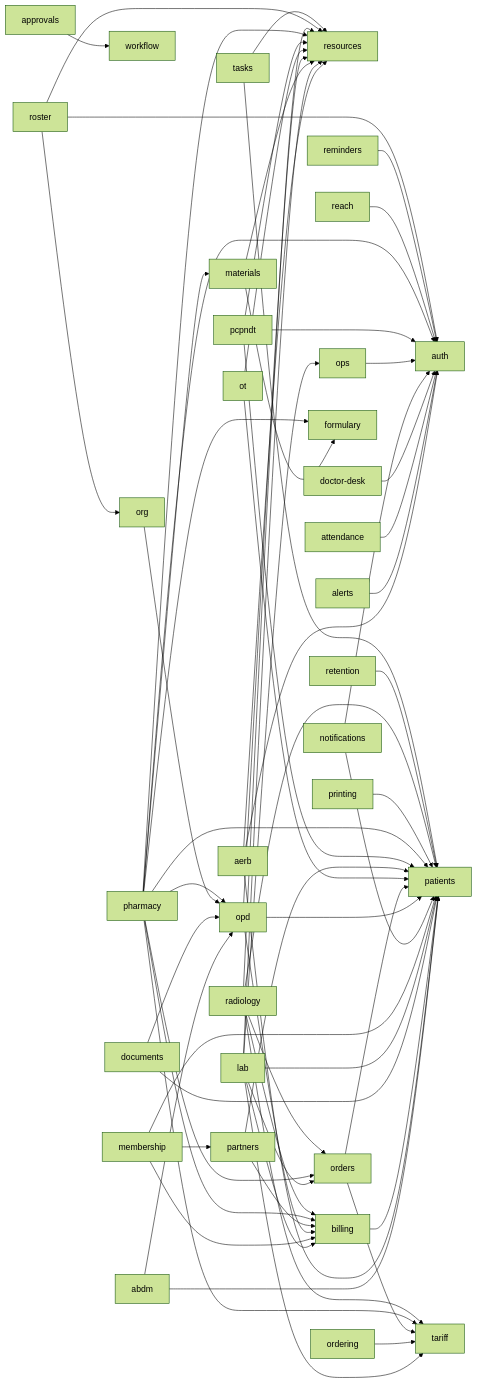
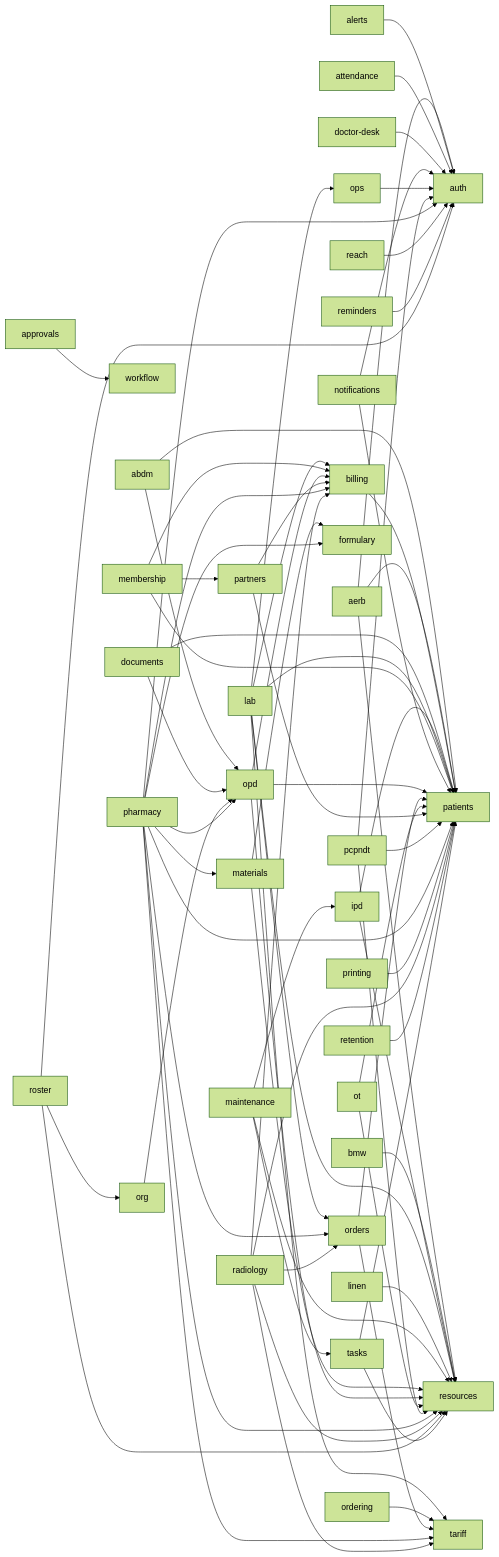
One commit to ankits3a/hims-hmis changed the diagram in docs/architecture/schema.md. Above: the diagram before and after it, drawn with Mermaid (forest theme). The commit also changed other lines of this file and 34 other files, not shown here.

````diff
--- a/docs/architecture/schema.md
+++ b/docs/architecture/schema.md
@@ -13,66 +13,73 @@
 ```mermaid
 flowchart LR
   abdm[abdm] --> opd[opd]
   abdm[abdm] --> patients[patients]
   aerb[aerb] --> auth[auth]
   aerb[aerb] --> patients[patients]
   aerb[aerb] --> resources[resources]
   alerts[alerts] --> auth[auth]
   approvals[approvals] --> workflow[workflow]
   attendance[attendance] --> auth[auth]
   billing[billing] --> patients[patients]
+  bmw[bmw] --> resources[resources]
   doctor_desk[doctor-desk] --> auth[auth]
   documents[documents] --> opd[opd]
   documents[documents] --> patients[patients]
+  ipd[ipd] --> patients[patients]
+  ipd[ipd] --> resources[resources]
   lab[lab] --> billing[billing]
   lab[lab] --> ops[ops]
   lab[lab] --> orders[orders]
   lab[lab] --> patients[patients]
   lab[lab] --> resources[resources]
   lab[lab] --> tariff[tariff]
+  linen[linen] --> resources[resources]
+  maintenance[maintenance] --> ipd[ipd]
+  maintenance[maintenance] --> resources[resources]
+  maintenance[maintenance] --> tasks[tasks]
   materials[materials] --> formulary[formulary]
   materials[materials] --> resources[resources]
   membership[membership] --> billing[billing]
   membership[membership] --> partners[partners]
   membership[membership] --> patients[patients]
   notifications[notifications] --> auth[auth]
   notifications[notifications] --> patients[patients]
   opd[opd] --> billing[billing]
   opd[opd] --> patients[patients]
   opd[opd] --> resources[resources]
   ops[ops] --> auth[auth]
   ordering[ordering] --> tariff[tariff]
   orders[orders] --> patients[patients]
   orders[orders] --> tariff[tariff]
   org[org] --> opd[opd]
   ot[ot] --> patients[patients]
   ot[ot] --> resources[resources]
   partners[partners] --> billing[billing]
   partners[partners] --> patients[patients]
   pcpndt[pcpndt] --> auth[auth]
   pcpndt[pcpndt] --> patients[patients]
   pcpndt[pcpndt] --> resources[resources]
   pharmacy[pharmacy] --> auth[auth]
   pharmacy[pharmacy] --> billing[billing]
   pharmacy[pharmacy] --> formulary[formulary]
   pharmacy[pharmacy] --> materials[materials]
   pharmacy[pharmacy] --> opd[opd]
   pharmacy[pharmacy] --> orders[orders]
   pharmacy[pharmacy] --> patients[patients]
   pharmacy[pharmacy] --> resources[resources]
   pharmacy[pharmacy] --> tariff[tariff]
   printing[printing] --> patients[patients]
   radiology[radiology] --> billing[billing]
   radiology[radiology] --> orders[orders]
   radiology[radiology] --> patients[patients]
   radiology[radiology] --> resources[resources]
   radiology[radiology] --> tariff[tariff]
   reach[reach] --> auth[auth]
   reminders[reminders] --> auth[auth]
   retention[retention] --> patients[patients]
   roster[roster] --> auth[auth]
   roster[roster] --> org[org]
   roster[roster] --> resources[resources]
   tasks[tasks] --> patients[patients]
   tasks[tasks] --> resources[resources]
 ```
````
